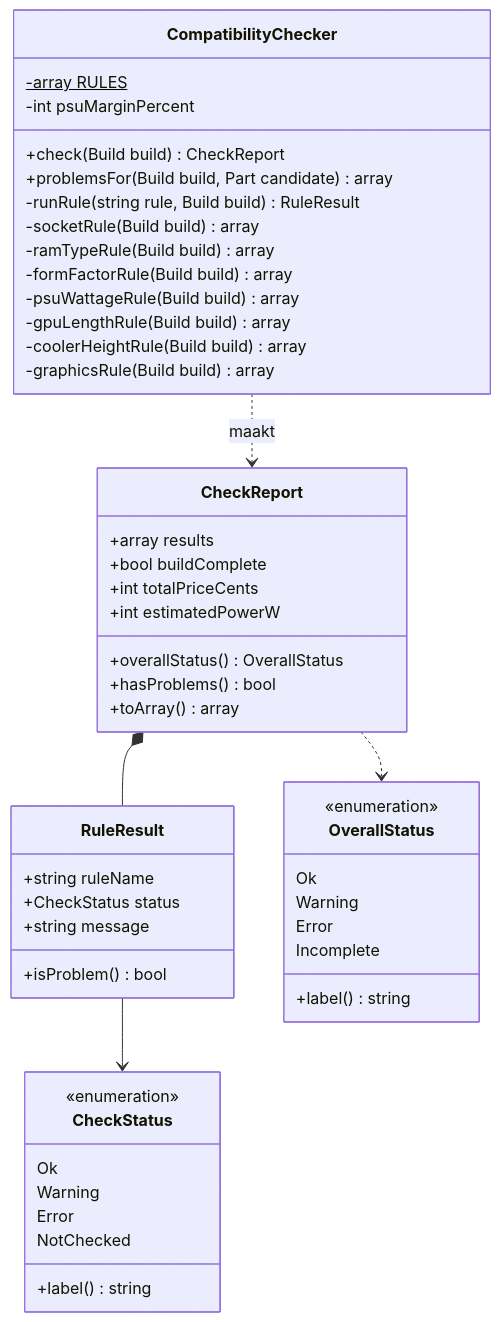
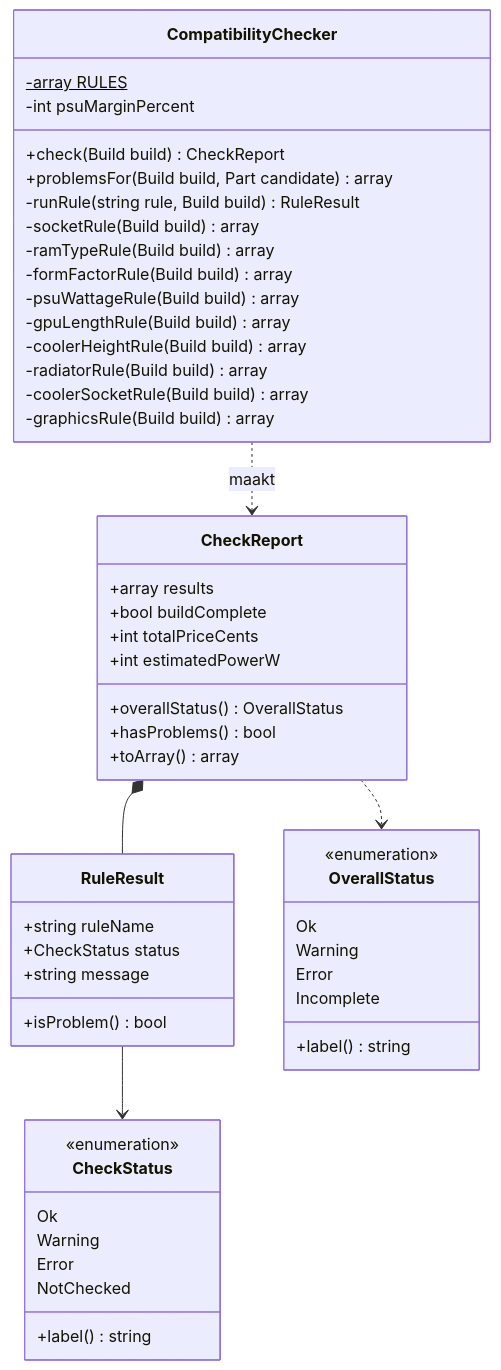
The fifth of 9 diagrams in docs/ontwerp.md (Niels023/pc-bouwplanner), drawn with Mermaid before and after one commit. The commit also changed other lines of this file and 4 other files, not shown here.

````diff
--- a/docs/ontwerp.md
+++ b/docs/ontwerp.md
@@ -351,53 +371,55 @@
 ```mermaid
 classDiagram
     class CompatibilityChecker {
         -array RULES$
         -int psuMarginPercent
         +check(Build build) CheckReport
         +problemsFor(Build build, Part candidate) array
         -runRule(string rule, Build build) RuleResult
         -socketRule(Build build) array
         -ramTypeRule(Build build) array
         -formFactorRule(Build build) array
         -psuWattageRule(Build build) array
         -gpuLengthRule(Build build) array
         -coolerHeightRule(Build build) array
+        -radiatorRule(Build build) array
+        -coolerSocketRule(Build build) array
         -graphicsRule(Build build) array
     }
     class CheckReport {
         +array results
         +bool buildComplete
         +int totalPriceCents
         +int estimatedPowerW
         +overallStatus() OverallStatus
         +hasProblems() bool
         +toArray() array
     }
     class RuleResult {
         +string ruleName
         +CheckStatus status
         +string message
         +isProblem() bool
     }
     class CheckStatus {
         <<enumeration>>
         Ok
         Warning
         Error
         NotChecked
         +label() string
     }
     class OverallStatus {
         <<enumeration>>
         Ok
         Warning
         Error
         Incomplete
         +label() string
     }
 
     CompatibilityChecker ..> CheckReport : maakt
     CheckReport *-- RuleResult
     RuleResult --> CheckStatus
     CheckReport ..> OverallStatus
 ```
````
